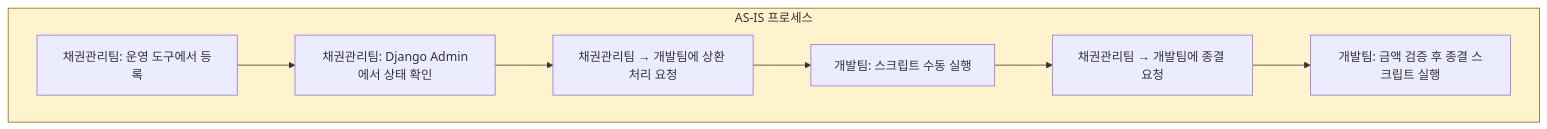
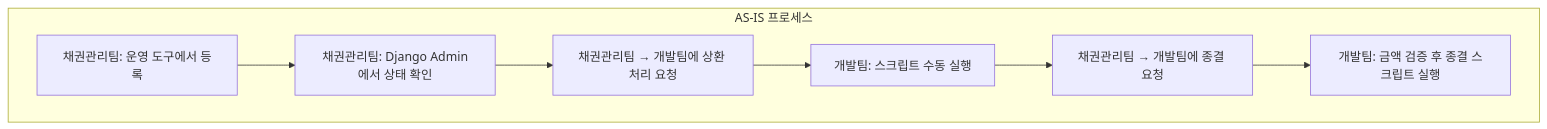
One commit to Gyubster/til changed the first of 5 diagrams in _posts/2025-08-11-운영팀-자율화를-위한-워크플로우-재설계-상태-머신-패턴.md. Above: the diagram before and after it, drawn with Mermaid. The commit also changed other lines of this file and 13 other files, not shown here.

Commit message:
Mermaid 렌더링 수정: subgraph style 명령 제거

````diff
--- a/_posts/2025-08-11-운영팀-자율화를-위한-워크플로우-재설계-상태-머신-패턴.md
+++ b/_posts/2025-08-11-운영팀-자율화를-위한-워크플로우-재설계-상태-머신-패턴.md
@@ -17,11 +17,10 @@
 ```mermaid
 flowchart TD
     subgraph as_is["AS-IS 프로세스"]
         A["채권관리팀: 운영 도구에서 등록"] --> B["채권관리팀: Django Admin에서 상태 확인"]
         B --> C["채권관리팀 → 개발팀에 상환 처리 요청"]
         C --> D["개발팀: 스크립트 수동 실행"]
         D --> E["채권관리팀 → 개발팀에 종결 요청"]
         E --> F["개발팀: 금액 검증 후 종결 스크립트 실행"]
     end
-    style as_is fill:#fff3cd,stroke:#856404
 ```
````
